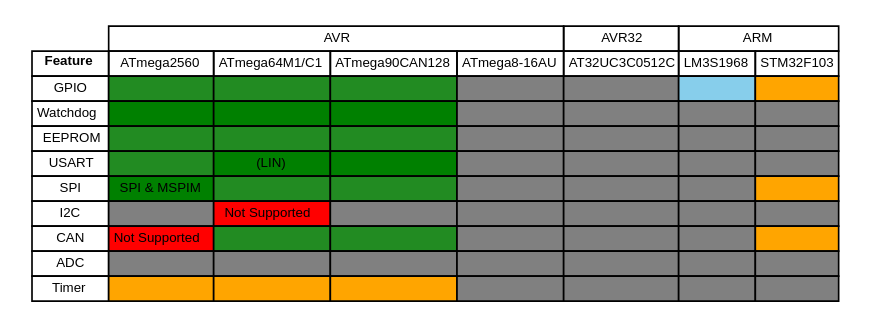
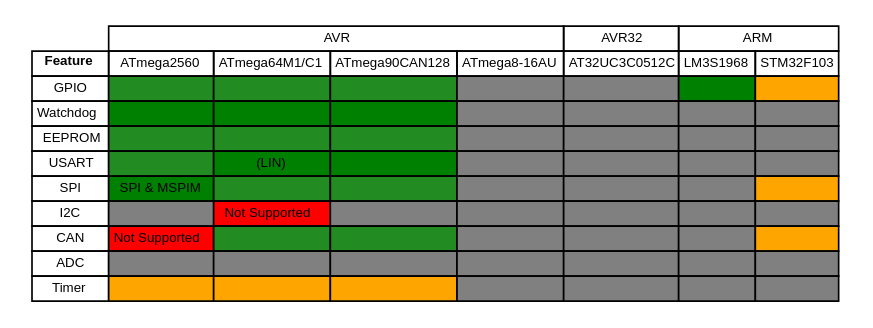
Before and after one commit to Aeronavics/ValleyForge: the diagram in doc/zim-valleyforge/HAL/img/support-table.dot, drawn with Graphviz. The commit also changed 1 other file, not shown here.

```diff
--- a/doc/zim-valleyforge/HAL/img/support-table.dot
+++ b/doc/zim-valleyforge/HAL/img/support-table.dot
@@ -1,123 +1,123 @@
 digraph structs {
 node [shape=plaintext]
 struct1 [label=<
 <FONT POINT-SIZE="8" FACE="sans-serif">
 <TABLE BORDER="0" CELLBORDER="1" CELLSPACING="0" CELLPADDING="2">
 
 <!-- Implemented and Tested: 	green -->
 <!-- Implemented: 		forestgreen -->
 <!-- Work-in-progress: 		orange -->
 <!-- Started: 			skyblue -->
 <!-- Not yet started: 		gray -->
 <!-- Not supported: 		red -->
 
 
 <tr><td color="white"></td>
 	<td colspan="4">AVR</td>
 	<td colspan="1">AVR32</td>
 	<td colspan="2">ARM</td>
 </tr>
 
 <tr><td><b>Feature</b></td>
 	<td>ATmega2560</td>
 	<td>ATmega64M1/C1</td>
 	<td>ATmega90CAN128</td>
 	<td>ATmega8-16AU</td>
 	<td>AT32UC3C0512C</td>
 	<td>LM3S1968</td>
 	<td>STM32F103</td>
 </tr>
 
 <tr><td>GPIO</td>
 	<td bgcolor="forestgreen"></td>
 	<td bgcolor="forestgreen"></td>
 	<td bgcolor="forestgreen"></td>
 	<td bgcolor="gray"></td>
 	<td bgcolor="gray"></td>
-	<td bgcolor="skyblue"></td>
+	<td bgcolor="green"></td>
 	<td bgcolor="orange"></td>
 </tr>
 
 <tr><td>Watchdog</td>
 	<td bgcolor="green"></td>
 	<td bgcolor="green"></td>
 	<td bgcolor="green"></td>
 	<td bgcolor="gray"></td>
 	<td bgcolor="gray"></td>
 	<td bgcolor="gray"></td>
 	<td bgcolor="gray"></td>
 </tr>
 
 <tr><td>EEPROM</td>
 	<td bgcolor="forestgreen"></td>
 	<td bgcolor="forestgreen"></td>
 	<td bgcolor="forestgreen"></td>
 	<td bgcolor="gray"></td>
 	<td bgcolor="gray"></td>
 	<td bgcolor="gray"></td>
 	<td bgcolor="gray"></td>
 </tr>
 
 <tr><td>USART</td>
 	<td bgcolor="forestgreen"></td>
 	<td bgcolor="green">(LIN)</td>
 	<td bgcolor="green"></td>
 	<td bgcolor="gray"></td>
 	<td bgcolor="gray"></td>
 	<td bgcolor="gray"></td>
 	<td bgcolor="gray"></td>
 </tr>
 
 <tr><td>SPI</td>
 	<td bgcolor="green">SPI &amp; MSPIM</td>
 	<td bgcolor="forestgreen"></td>
 	<td bgcolor="forestgreen"></td>
 	<td bgcolor="gray"></td>
 	<td bgcolor="gray"></td>
 	<td bgcolor="gray"></td>
 	<td bgcolor="orange"></td>
 </tr>
 
 <tr><td>I2C</td>
 	<td bgcolor="gray"></td>
 	<td bgcolor="red">Not Supported</td>
 	<td bgcolor="gray"></td>
 	<td bgcolor="gray"></td>
 	<td bgcolor="gray"></td>
 	<td bgcolor="gray"></td>
 	<td bgcolor="gray"></td>
 </tr>
 
 <tr><td>CAN</td>
 	<td bgcolor="red">Not Supported</td>
 	<td bgcolor="forestgreen"></td>
 	<td bgcolor="forestgreen"></td>
 	<td bgcolor="gray"></td>
 	<td bgcolor="gray"></td>
 	<td bgcolor="gray"></td>
 	<td bgcolor="orange"></td>
 </tr>
 
 <tr><td>ADC</td>
 	<td bgcolor="gray"></td>
 	<td bgcolor="gray"></td>
 	<td bgcolor="gray"></td>
 	<td bgcolor="gray"></td>
 	<td bgcolor="gray"></td>
 	<td bgcolor="gray"></td>
 	<td bgcolor="gray"></td>
 </tr>
 
 <tr><td>Timer</td>
 	<td bgcolor="orange"></td>
 	<td bgcolor="orange"></td>
 	<td bgcolor="orange"></td>
 	<td bgcolor="gray"></td>
 	<td bgcolor="gray"></td>
 	<td bgcolor="gray"></td>
 	<td bgcolor="gray"></td>
 </tr>
 
 </TABLE></FONT>
 >];
 }
```
